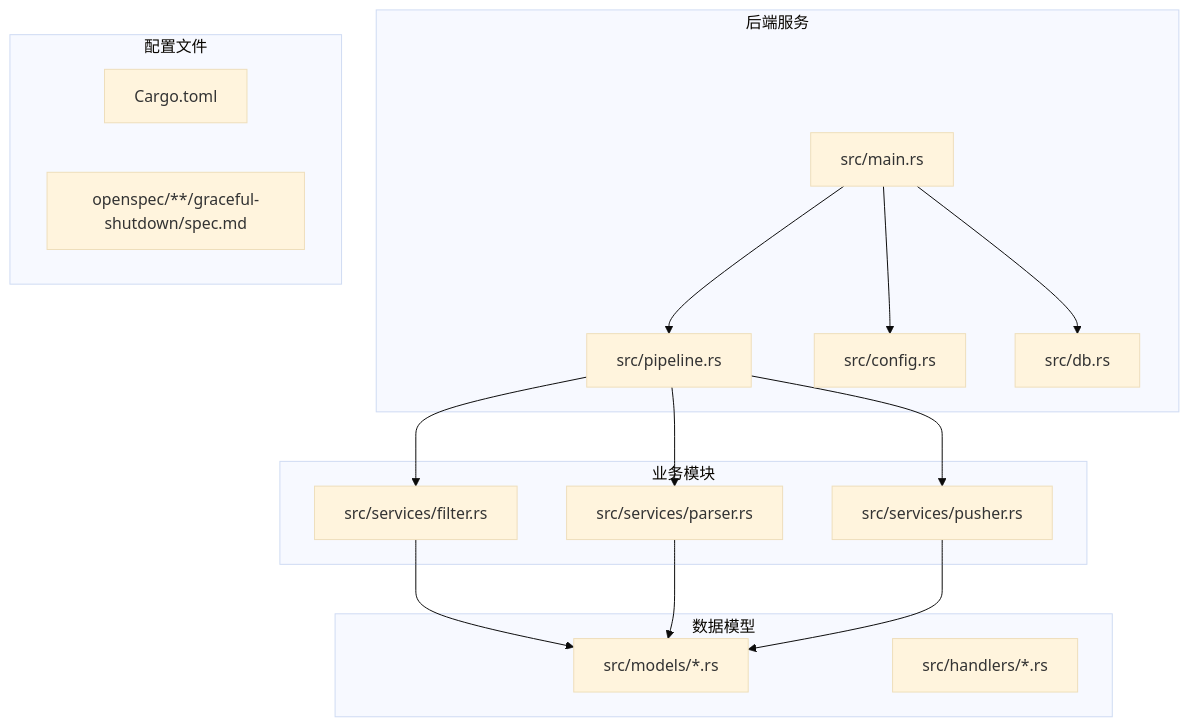
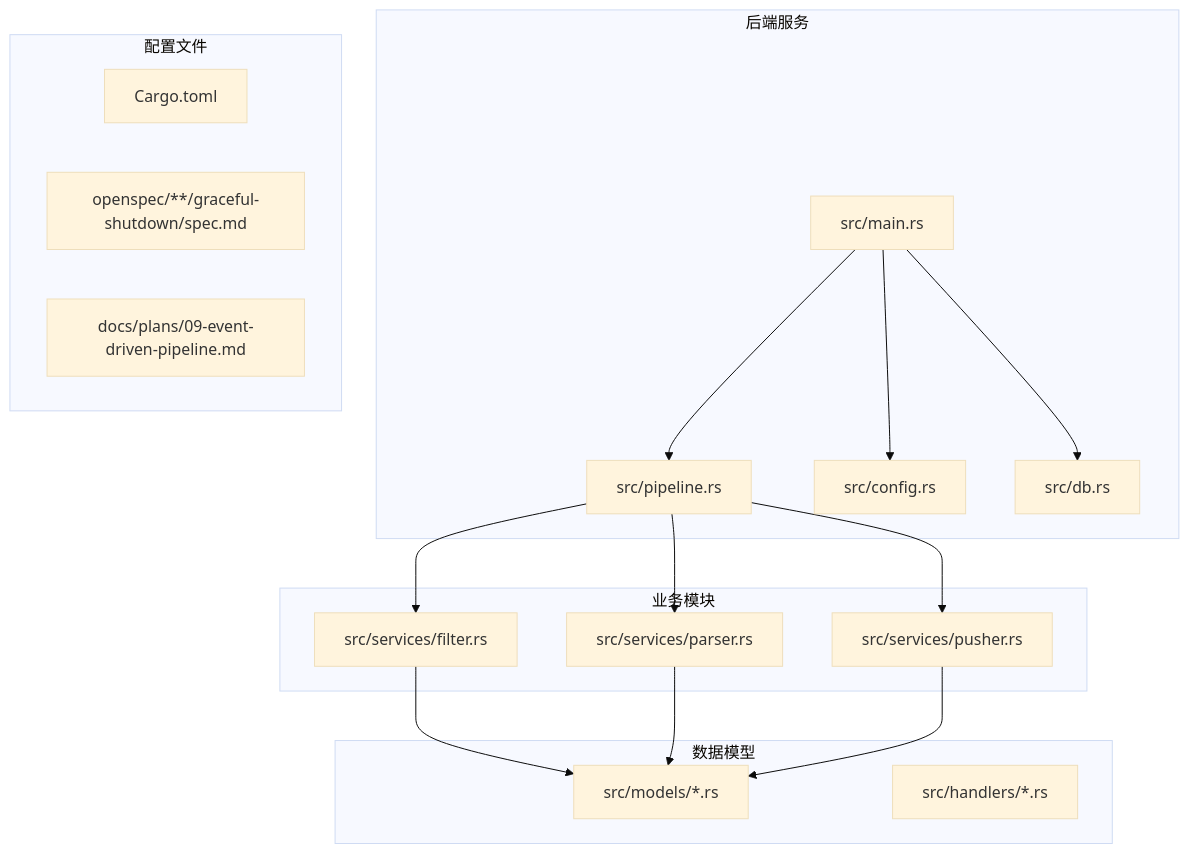
The first of 7 diagrams in .qoder/repowiki/zh/content/核心模块详解/优雅停机机制.md (leimu-hue/AI-Trend-Tool), drawn with Mermaid (base theme) before and after one commit. The commit also changed other lines of this file and 22 other files, not shown here.

````diff
--- a/.qoder/repowiki/zh/content/核心模块详解/优雅停机机制.md
+++ b/.qoder/repowiki/zh/content/核心模块详解/优雅停机机制.md
@@ -30,31 +40,32 @@
 ```mermaid
 graph TB
 subgraph "后端服务"
 Main[src/main.rs]
 Pipeline[src/pipeline.rs]
 Config[src/config.rs]
 DB[src/db.rs]
 end
 subgraph "业务模块"
 Filter[src/services/filter.rs]
 Parser[src/services/parser.rs]
 Pusher[src/services/pusher.rs]
 end
 subgraph "数据模型"
 Models[src/models/*.rs]
 Handlers[src/handlers/*.rs]
 end
 subgraph "配置文件"
 Cargo[Cargo.toml]
 OpenSpec[openspec/**/graceful-shutdown/spec.md]
+Plan[docs/plans/09-event-driven-pipeline.md]
 end
 Main --> Pipeline
 Pipeline --> Filter
 Pipeline --> Parser
 Pipeline --> Pusher
 Main --> DB
 Main --> Config
 Filter --> Models
 Parser --> Models
 Pusher --> Models
 ```
````
